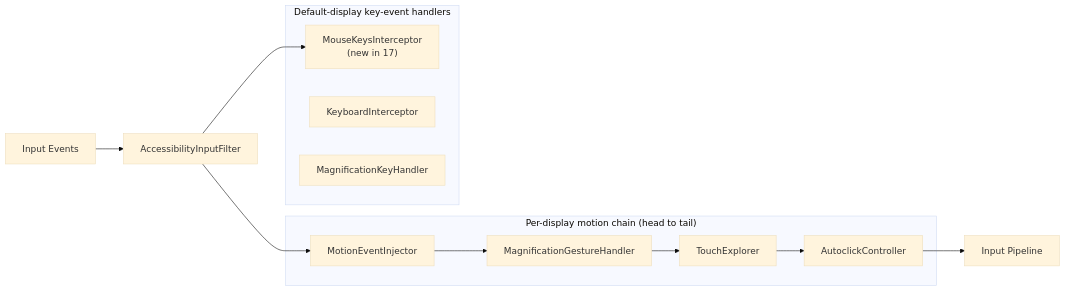
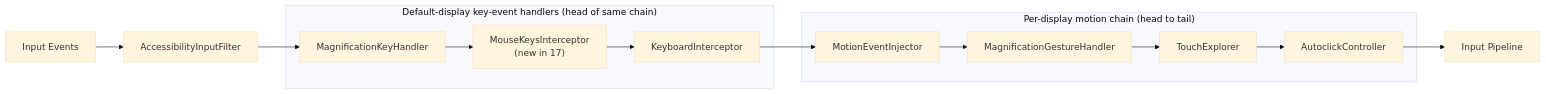
Diagram 17 of 23 in agents/claude/skills/aosp-ui-framework/46-accessibility.md (aospbooks/aosp-internal-book), drawn with Mermaid (base theme) before and after one commit. The commit also changed other lines of this file and 218 other files, not shown here.

````diff
--- a/agents/claude/skills/aosp-ui-framework/46-accessibility.md
+++ b/agents/claude/skills/aosp-ui-framework/46-accessibility.md
@@ -2492,20 +2521,19 @@
 ```mermaid
 flowchart LR
     Input["Input Events"] --> AIF["AccessibilityInputFilter"]
 
     subgraph Motion["Per-display motion chain (head to tail)"]
         MEI["MotionEventInjector"] --> MagGH["MagnificationGestureHandler"]
         MagGH --> TE["TouchExplorer"]
         TE --> AC["AutoclickController"]
     end
 
-    subgraph Keys["Default-display key-event handlers"]
-        MK["MouseKeysInterceptor<br/>(new in 17)"]
-        KI["KeyboardInterceptor"]
-        MKH["MagnificationKeyHandler"]
+    subgraph Keys["Default-display key-event handlers (head of same chain)"]
+        MKH["MagnificationKeyHandler"] --> MK["MouseKeysInterceptor<br/>(new in 17)"]
+        MK --> KI["KeyboardInterceptor"]
     end
 
-    AIF --> MEI
-    AIF --> MK
+    AIF --> MKH
+    KI --> MEI
     AC --> Output["Input Pipeline"]
 ```
````
